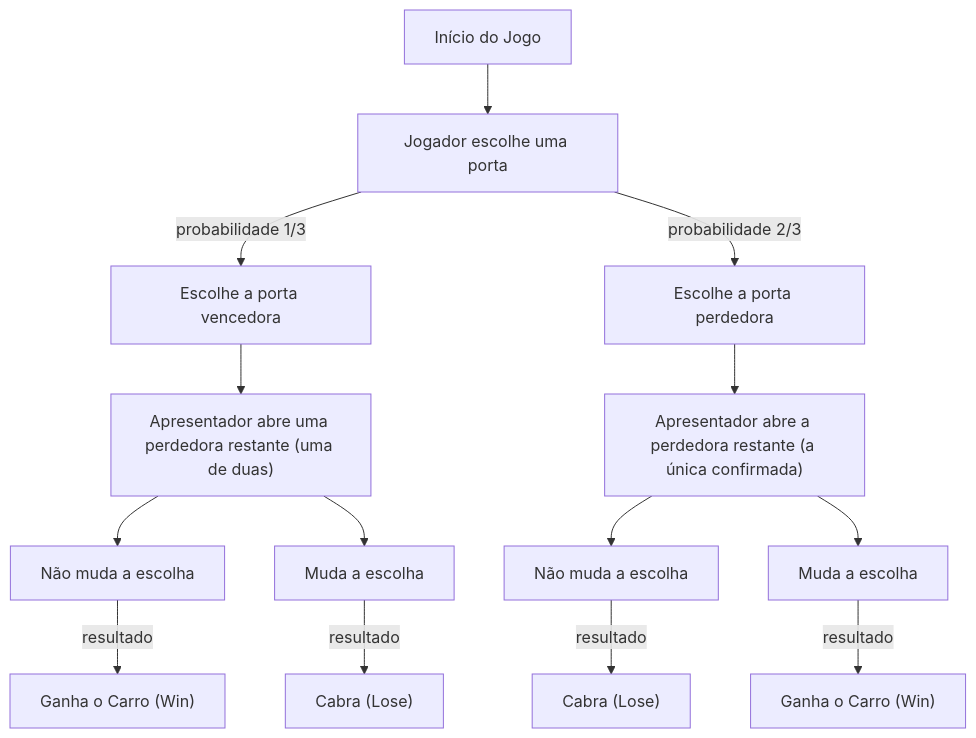
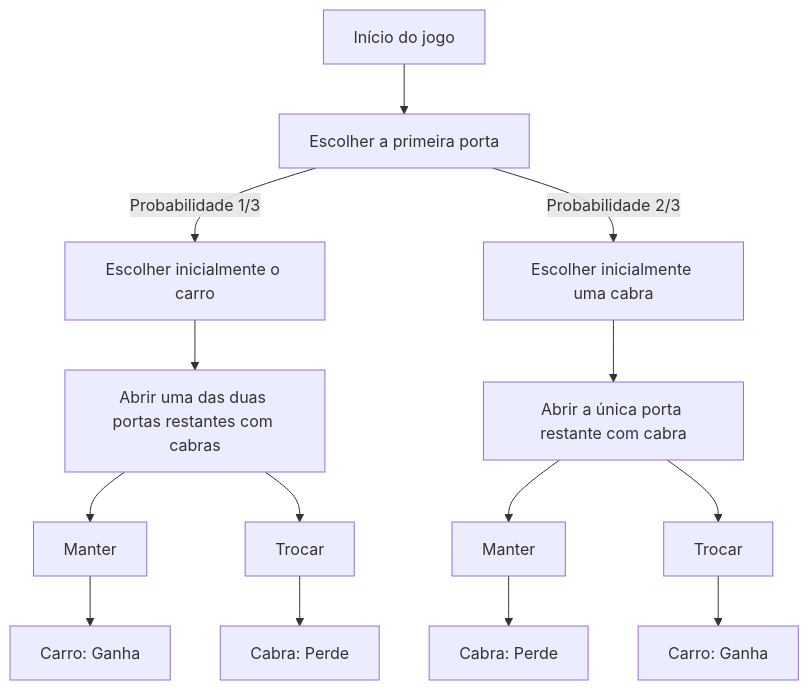
One commit to kenjinote/blog changed the first of 2 diagrams in content/post/paradox-monty-hall-problem/index.pt.md. Above: the diagram before and after it, drawn with Mermaid. The commit also changed other lines of this file and 8 other files, not shown here.

````diff
--- a/content/post/paradox-monty-hall-problem/index.pt.md
+++ b/content/post/paradox-monty-hall-problem/index.pt.md
@@ -97,21 +53,16 @@
 ```mermaid
 flowchart TD
-    Start["Início do Jogo"] --> Choose["Jogador escolhe uma porta"]
-    Choose -- "probabilidade 1/3" --> ChooseCar["Escolhe a porta vencedora"]
-    Choose -- "probabilidade 2/3" --> ChooseGoat["Escolhe a porta perdedora"]
-    
-    ChooseCar --> MontyOpensGoat1["Apresentador abre uma perdedora restante (uma de duas)"]
-    ChooseGoat --> MontyOpensGoat2["Apresentador abre a perdedora restante (a única confirmada)"]
-    
-    MontyOpensGoat1 --> Stay1["Não muda a escolha"]
-    MontyOpensGoat1 --> Switch1["Muda a escolha"]
-    
-    MontyOpensGoat2 --> Stay2["Não muda a escolha"]
-    MontyOpensGoat2 --> Switch2["Muda a escolha"]
-    
-    Stay1 -- "resultado" --> Win1["Ganha o Carro (Win)"]
-    Switch1 -- "resultado" --> Lose1["Cabra (Lose)"]
-    
-    Stay2 -- "resultado" --> Lose2["Cabra (Lose)"]
-    Switch2 -- "resultado" --> Win2["Ganha o Carro (Win)"]
+    Start["Início do jogo"] --> Choose["Escolher a primeira porta"]
+    Choose -- "Probabilidade 1/3" --> ChooseCar["Escolher inicialmente o carro"]
+    Choose -- "Probabilidade 2/3" --> ChooseGoat["Escolher inicialmente uma cabra"]
+    ChooseCar --> MontyOpensGoat1["Abrir uma das duas portas restantes com cabras"]
+    ChooseGoat --> MontyOpensGoat2["Abrir a única porta restante com cabra"]
+    MontyOpensGoat1 --> Stay1["Manter"]
+    MontyOpensGoat1 --> Switch1["Trocar"]
+    MontyOpensGoat2 --> Stay2["Manter"]
+    MontyOpensGoat2 --> Switch2["Trocar"]
+    Stay1 --> Win1["Carro: Ganha"]
+    Switch1 --> Lose1["Cabra: Perde"]
+    Stay2 --> Lose2["Cabra: Perde"]
+    Switch2 --> Win2["Carro: Ganha"]
 ```
````
